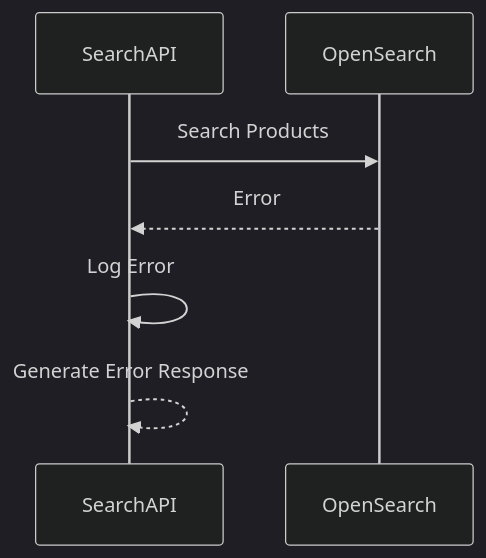
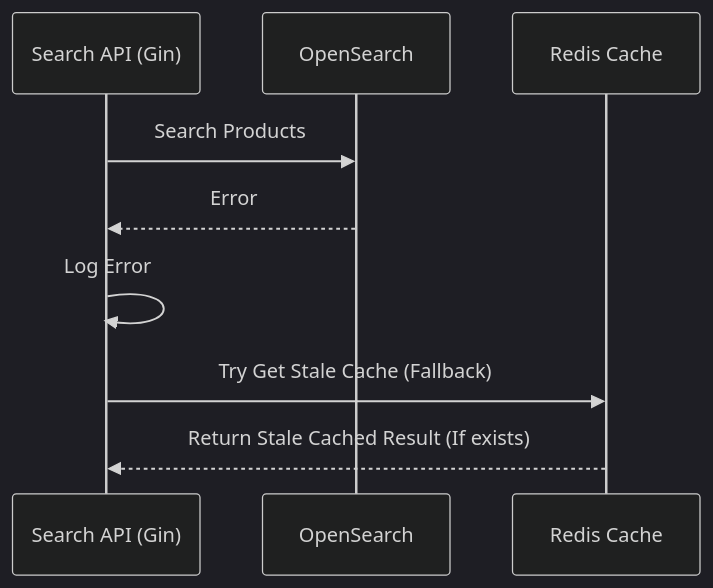
The second of 2 diagrams in ba/user-stories/US-002-Product-Search.md (PhamHao1412/search-engine), drawn with Mermaid (dark theme) before and after one commit. The commit also changed other lines of this file and 66 other files, not shown here.

Commit message:
[main]feat: implement product ingestion pipeline and product search api (us-001 & us-002)

````diff
--- a/ba/user-stories/US-002-Product-Search.md
+++ b/ba/user-stories/US-002-Product-Search.md
@@ -151,14 +151,17 @@
 ```mermaid
 sequenceDiagram
 
-participant SearchAPI
-participant OpenSearch
+participant SearchAPI as Search API (Gin)
+participant OpenSearch as OpenSearch
+participant Redis as Redis Cache
 
 SearchAPI->>OpenSearch: Search Products
 
 OpenSearch-->>SearchAPI: Error
 
 SearchAPI->>SearchAPI: Log Error
 
-SearchAPI-->>SearchAPI: Generate Error Response
+SearchAPI->>Redis: Try Get Stale Cache (Fallback)
+
+Redis-->>SearchAPI: Return Stale Cached Result (If exists)
 ```
````
